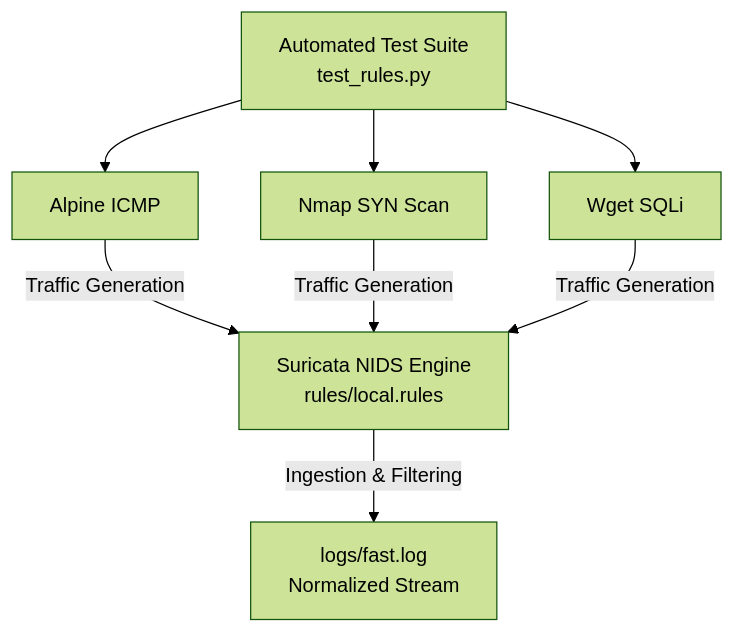
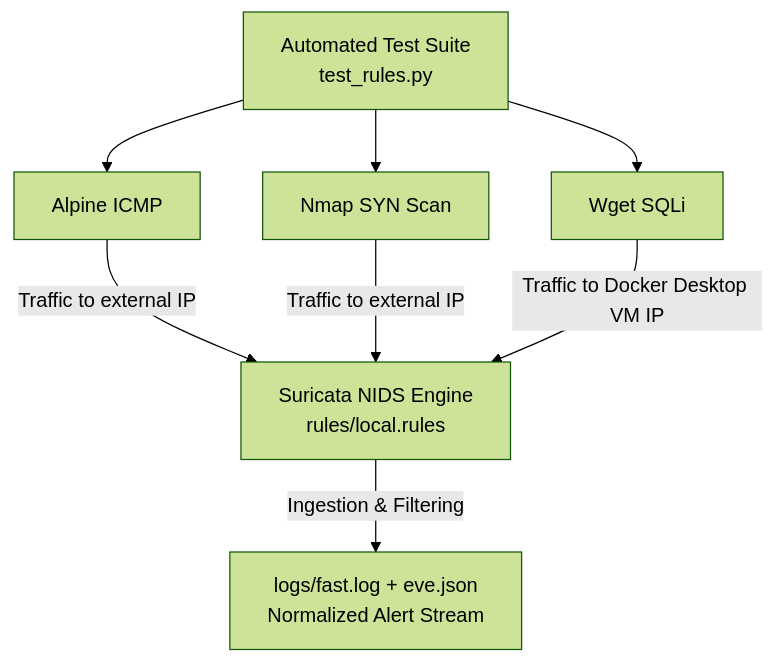
One commit to JhonnyValdivieso/suricata-ids-rule-tuning changed the diagram in README.md. Above: the diagram before and after it, drawn with Mermaid (forest theme). The commit also changed other lines of this file, not shown here.

````diff
--- a/README.md
+++ b/README.md
@@ -23,12 +24,12 @@
 ```mermaid
 graph TD
     A[Automated Test Suite<br>test_rules.py] --> B1[Alpine ICMP]
     A --> B2[Nmap SYN Scan]
     A --> B3[Wget SQLi]
 
-    B1 -->|Traffic Generation| C[Suricata NIDS Engine<br>rules/local.rules]
-    B2 -->|Traffic Generation| C
-    B3 -->|Traffic Generation| C
+    B1 -->|Traffic to external IP| C[Suricata NIDS Engine<br>rules/local.rules]
+    B2 -->|Traffic to external IP| C
+    B3 -->|Traffic to Docker Desktop VM IP| C
 
-    C -->|Ingestion & Filtering| D[logs/fast.log<br>Normalized Stream]
+    C -->|Ingestion & Filtering| D[logs/fast.log + eve.json<br>Normalized Alert Stream]
 ```
````
